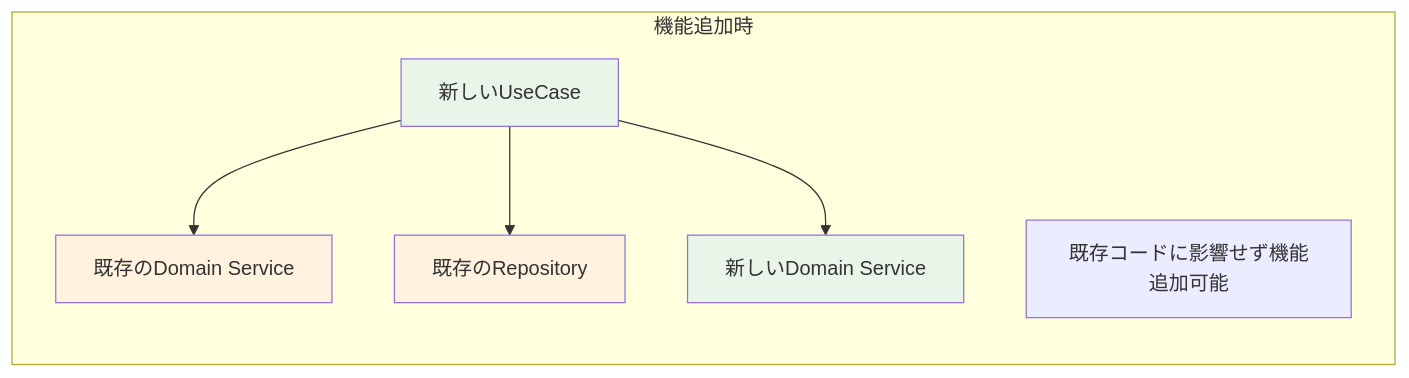
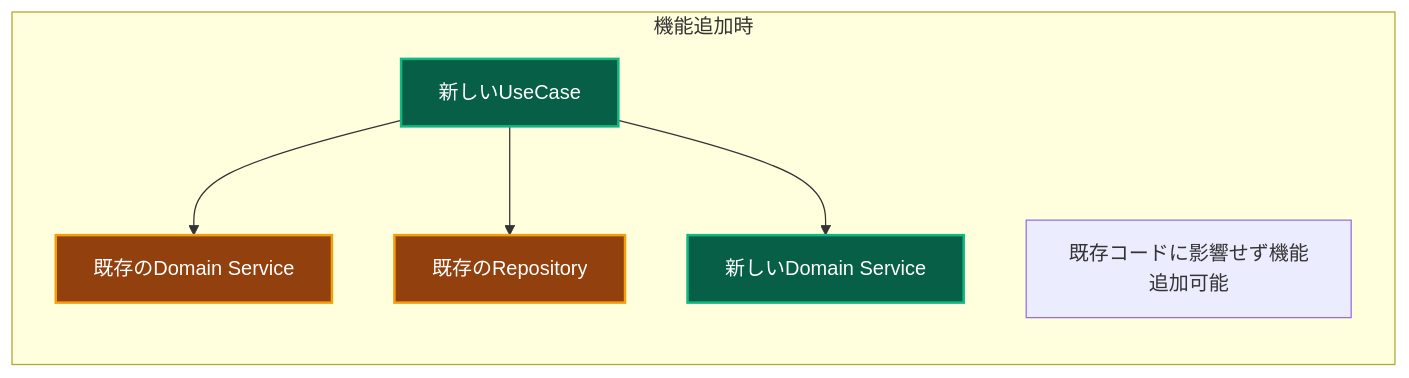
One commit to derushio/d-next-ddd-example changed the fifth of 9 diagrams in _DOCS/guides/ddd/concepts/clean-architecture.md. Above: the diagram before and after it, drawn with Mermaid. The commit also changed other lines of this file and 31 other files, not shown here.

Commit message:
🎨: DOCSのMermaid図表カラーテーマを暗色に統一し視認性を向上

````diff
--- a/_DOCS/guides/ddd/concepts/clean-architecture.md
+++ b/_DOCS/guides/ddd/concepts/clean-architecture.md
@@ -152,15 +152,15 @@
 ```mermaid
 graph LR
     subgraph "機能追加時"
         A[新しいUseCase] --> B[既存のDomain Service]
         A --> C[既存のRepository]
         A --> D[新しいDomain Service]
         
         note1[既存コードに影響せず機能追加可能]
     end
     
-    style A fill:#e8f5e8
-    style B fill:#fff3e0
-    style C fill:#fff3e0
-    style D fill:#e8f5e8
+    style A fill:#065f46,stroke:#10b981,stroke-width:2px,color:#ffffff
+    style B fill:#92400e,stroke:#f59e0b,stroke-width:2px,color:#ffffff
+    style C fill:#92400e,stroke:#f59e0b,stroke-width:2px,color:#ffffff
+    style D fill:#065f46,stroke:#10b981,stroke-width:2px,color:#ffffff
 ```
````
